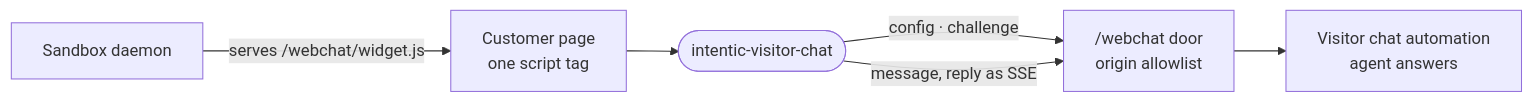
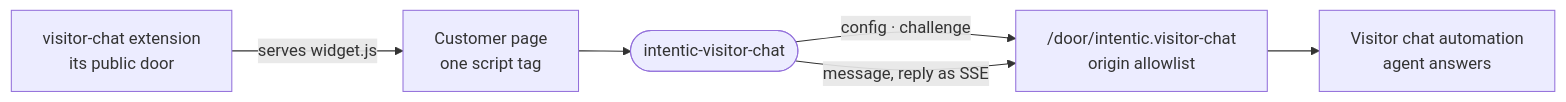
The diagram in _sandbox/webchat-widget/README.md (intentic/intentic), drawn with Mermaid before and after one commit. The commit also changed other lines of this file and 587 other files, not shown here.

````diff
--- a/_sandbox/webchat-widget/README.md
+++ b/_sandbox/webchat-widget/README.md
@@ -5,8 +5,8 @@
 ```mermaid
 flowchart LR
-    daemon["Sandbox daemon"] -->|"serves /webchat/widget.js"| page["Customer page<br/>one script tag"]
+    ext["visitor-chat extension<br/>its public door"] -->|"serves widget.js"| page["Customer page<br/>one script tag"]
     page --> widget(["intentic-visitor-chat"])
-    widget -->|"config · challenge"| door["/webchat door<br/>origin allowlist"]
+    widget -->|"config · challenge"| door["/door/intentic.visitor-chat<br/>origin allowlist"]
     widget -->|"message, reply as SSE"| door
     door --> agent["Visitor chat automation<br/>agent answers"]
 ```
````
